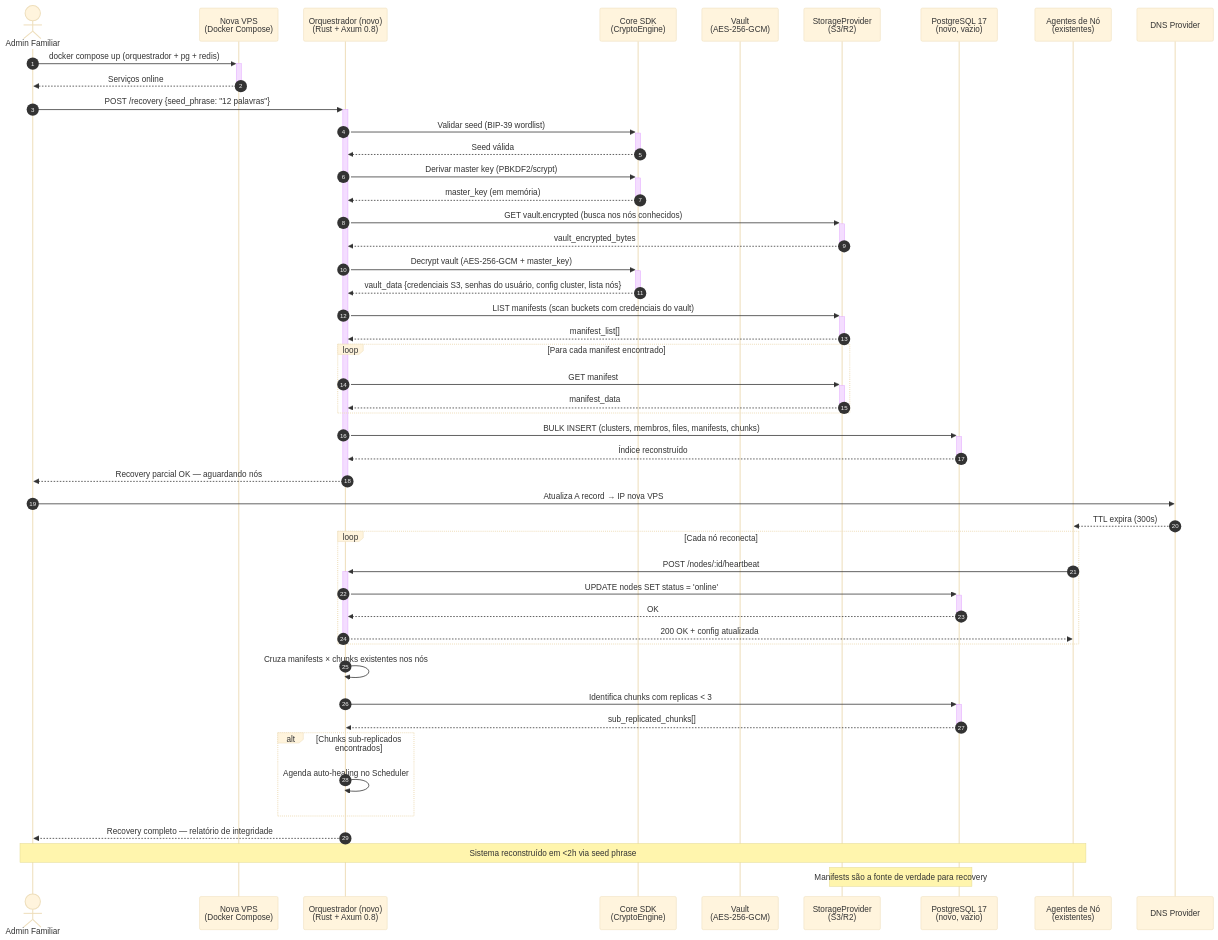
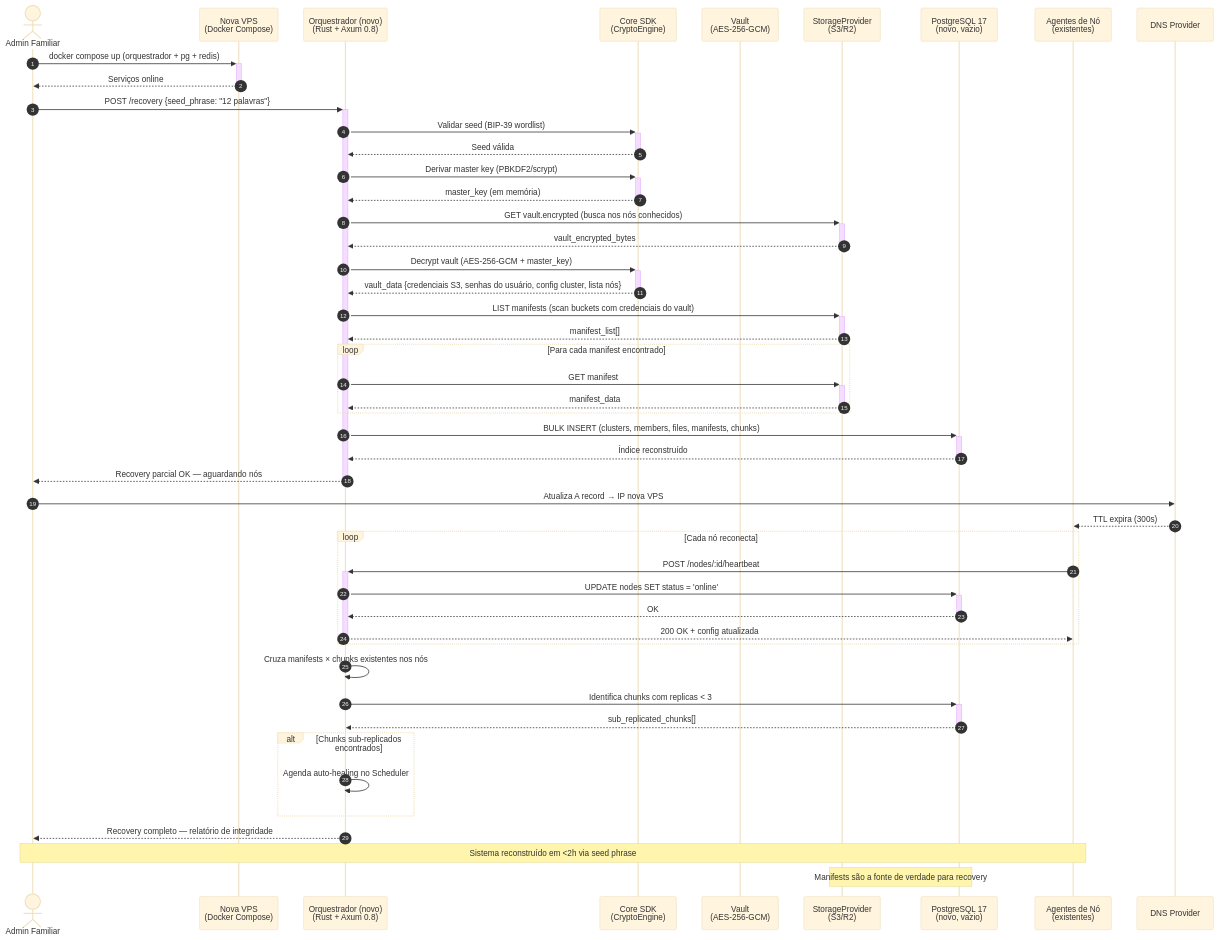
One commit to DouglasPrado/alexandria changed the diagram in docs/diagrams/sequences/seed-recovery.mmd. Above: the diagram before and after it, drawn with Mermaid (base theme). The commit also changed 9 other files, not shown here.

```diff
--- a/docs/diagrams/sequences/seed-recovery.mmd
+++ b/docs/diagrams/sequences/seed-recovery.mmd
@@ -1,72 +1,72 @@
 %% Fluxo: Recovery do Orquestrador via Seed Phrase
 %% Referência: docs/blueprint/07-critical_flows.md
 
 sequenceDiagram
     autonumber
 
     actor Admin as Admin Familiar
     participant VPS as Nova VPS<br/>(Docker Compose)
     participant API as Orquestrador (novo)<br/>(Rust + Axum 0.8)
     participant SDK as Core SDK<br/>(CryptoEngine)
     participant Vault as Vault<br/>(AES-256-GCM)
     participant S3 as StorageProvider<br/>(S3/R2)
     participant DB as PostgreSQL 17<br/>(novo, vazio)
     participant Nodes as Agentes de Nó<br/>(existentes)
     participant DNS as DNS Provider
 
     %% Setup
     Admin ->>+ VPS: docker compose up (orquestrador + pg + redis)
     VPS -->>- Admin: Serviços online
 
     %% Recovery
     Admin ->>+ API: POST /recovery {seed_phrase: "12 palavras"}
     API ->>+ SDK: Validar seed (BIP-39 wordlist)
     SDK -->>- API: Seed válida
 
     API ->>+ SDK: Derivar master key (PBKDF2/scrypt)
     SDK -->>- API: master_key (em memória)
 
     %% Vault
     API ->>+ S3: GET vault.encrypted (busca nos nós conhecidos)
     S3 -->>- API: vault_encrypted_bytes
 
     API ->>+ SDK: Decrypt vault (AES-256-GCM + master_key)
     SDK -->>- API: vault_data {credenciais S3, senhas do usuário, config cluster, lista nós}
 
     %% Rebuild
     API ->>+ S3: LIST manifests (scan buckets com credenciais do vault)
     S3 -->>- API: manifest_list[]
 
     loop Para cada manifest encontrado
         API ->>+ S3: GET manifest
         S3 -->>- API: manifest_data
     end
 
-    API ->>+ DB: BULK INSERT (clusters, membros, files, manifests, chunks)
+    API ->>+ DB: BULK INSERT (clusters, members, files, manifests, chunks)
     DB -->>- API: Índice reconstruído
     API -->>- Admin: Recovery parcial OK — aguardando nós
 
     %% DNS e reconexão
     Admin ->> DNS: Atualiza A record → IP nova VPS
     DNS -->> Nodes: TTL expira (300s)
 
     loop Cada nó reconecta
         Nodes ->>+ API: POST /nodes/:id/heartbeat
         API ->>+ DB: UPDATE nodes SET status = 'online'
         DB -->>- API: OK
         API -->>- Nodes: 200 OK + config atualizada
     end
 
     %% Validação
     API ->> API: Cruza manifests × chunks existentes nos nós
     API ->>+ DB: Identifica chunks com replicas < 3
     DB -->>- API: sub_replicated_chunks[]
 
     alt Chunks sub-replicados encontrados
         API ->> API: Agenda auto-healing no Scheduler
     end
 
     API -->> Admin: Recovery completo — relatório de integridade
 
     Note over Admin, Nodes: Sistema reconstruído em <2h via seed phrase
     Note over S3, DB: Manifests são a fonte de verdade para recovery
```
